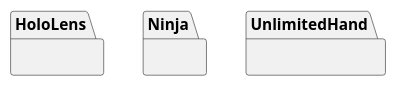
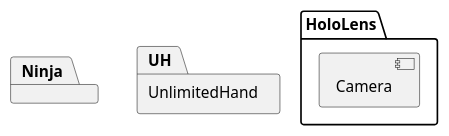
Before and after one commit to TNCT-Nakano/Design: the diagram in uml/module.pu, drawn with PlantUML.

Commit message:
test for slack

```diff
--- a/uml/module.pu
+++ b/uml/module.pu
@@ -1,15 +1,15 @@
 @startuml
 
 package HoloLens as HL{
-
+    [Camera]
 }
 
 package Ninja{
-    
+
 }
 
 
 package UnlimitedHand as UH{
 
 }
 @enduml
```
